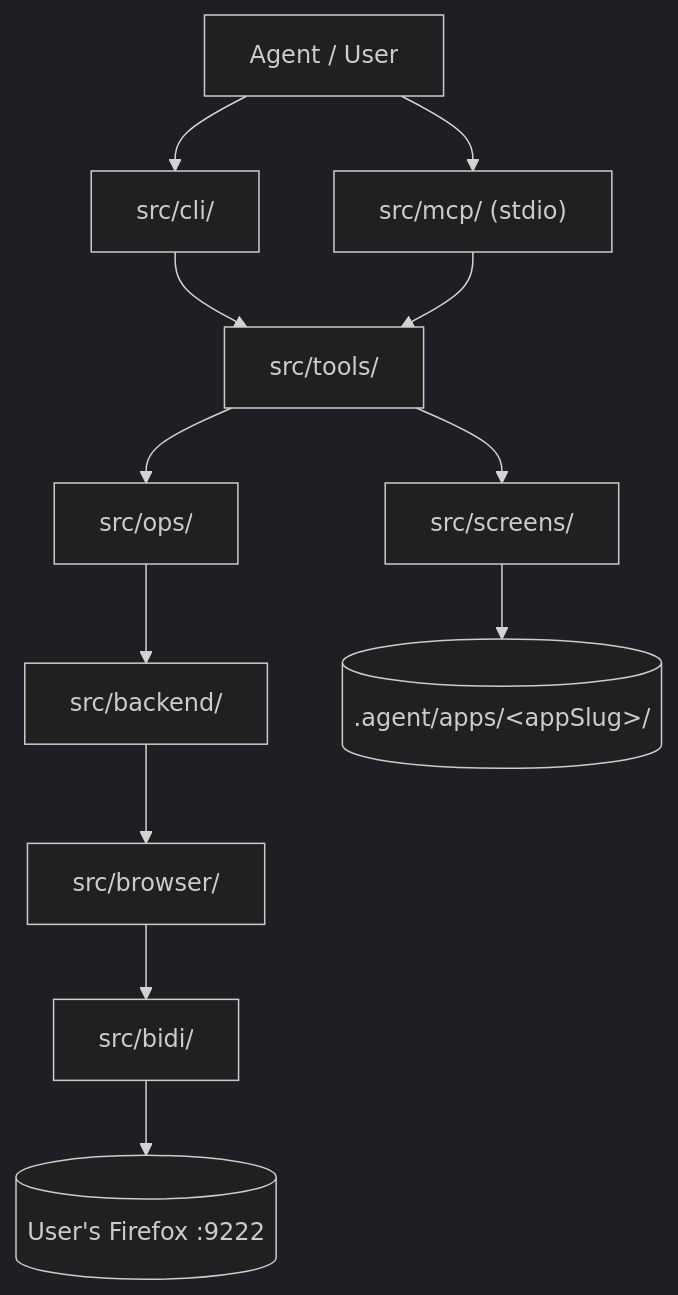
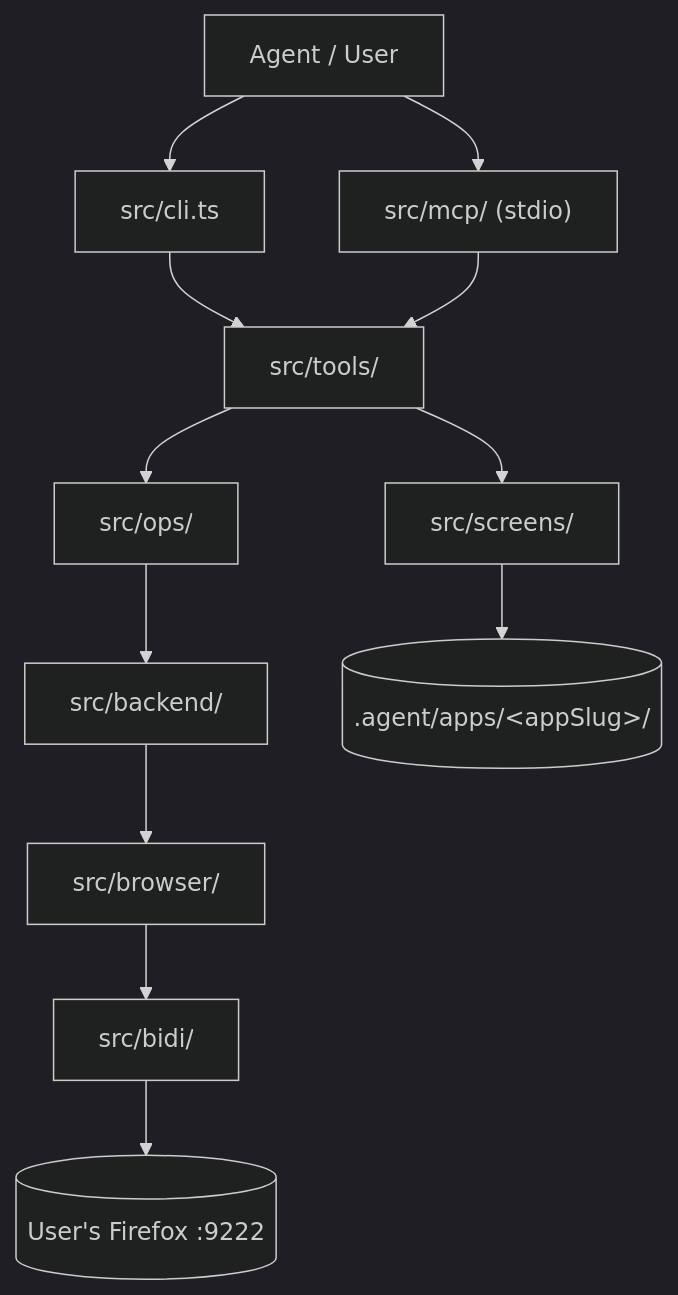
One commit to SebassContreras/browser-nav changed the diagram in ARCHITECTURE.md. Above: the diagram before and after it, drawn with Mermaid (dark theme). The commit also changed other lines of this file and 1 other file, not shown here.

Commit message:
docs: align ARCHITECTURE.md and DESIGN.md inventories

````diff
--- a/ARCHITECTURE.md
+++ b/ARCHITECTURE.md
@@ -48,14 +48,14 @@
 ```mermaid
 flowchart TD
-    Agent["Agent / User"] --> CLI["src/cli/"]
+    Agent["Agent / User"] --> CLI["src/cli.ts"]
     Agent --> MCP["src/mcp/ (stdio)"]
     CLI --> Tools["src/tools/"]
     MCP --> Tools
     Tools --> Ops["src/ops/"]
     Tools --> Screens["src/screens/"]
     Ops --> Backend["src/backend/"]
     Backend --> Browser["src/browser/"]
     Browser --> Bidi["src/bidi/"]
     Bidi --> Firefox[("User's Firefox :9222")]
     Screens --> Store[(".agent/apps/&lt;appSlug&gt;/")]
 ```
````
